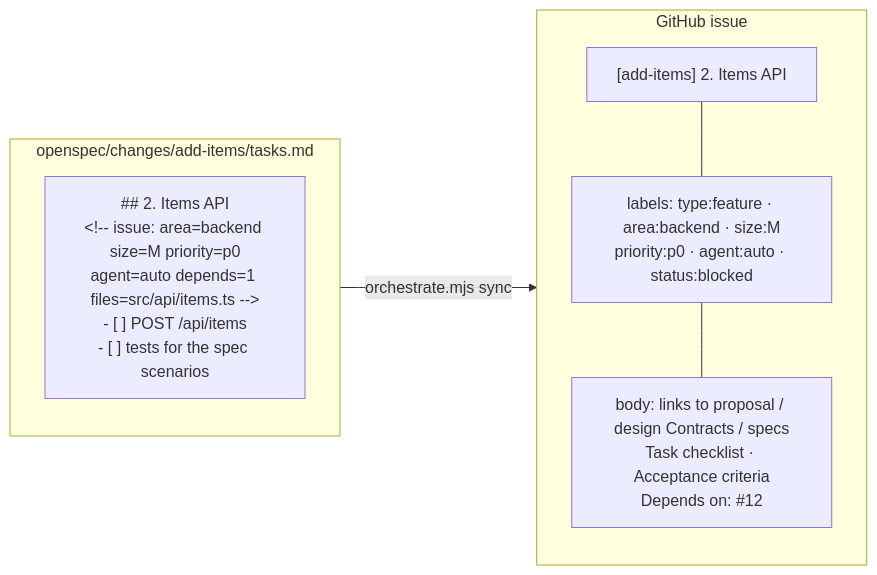
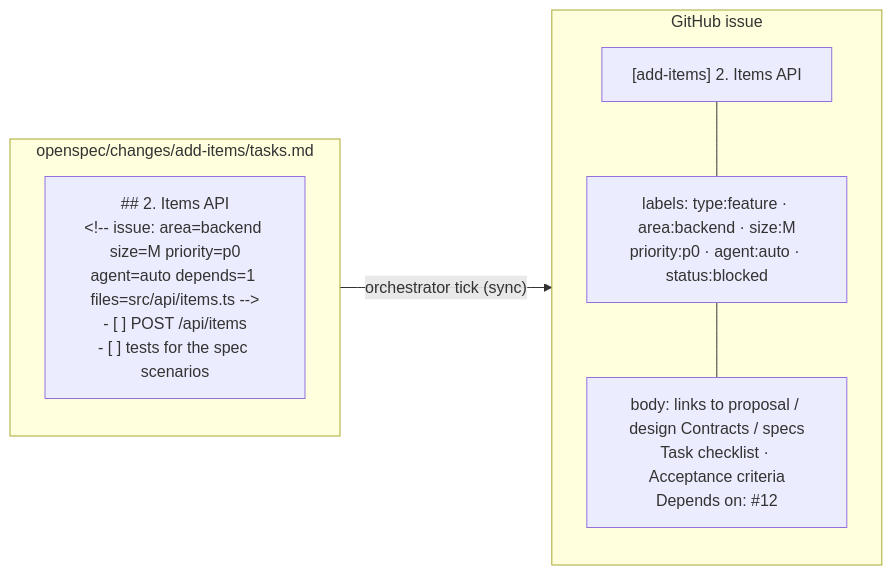
One commit to KKogaa/hackathon-sdlc-kit changed the second of 4 diagrams in README.md. Above: the diagram before and after it, drawn with Mermaid. The commit also changed other lines of this file and 42 other files, not shown here.

````diff
--- a/README.md
+++ b/README.md
@@ -62,17 +64,17 @@
 ```mermaid
 flowchart LR
     subgraph tasks["openspec/changes/add-items/tasks.md"]
         direction TB
         g1["## 2. Items API<br/>&lt;!-- issue: area=backend size=M priority=p0<br/>agent=auto depends=1 files=src/api/items.ts --&gt;<br/>- [ ] POST /api/items<br/>- [ ] tests for the spec scenarios"]
     end
 
     subgraph issue["GitHub issue"]
         direction TB
         t["[add-items] 2. Items API"]
         l["labels: type:feature · area:backend · size:M<br/>priority:p0 · agent:auto · status:blocked"]
         b["body: links to proposal / design Contracts / specs<br/>Task checklist · Acceptance criteria<br/>Depends on: #12"]
         t --- l --- b
     end
 
-    g1 -- "orchestrate.mjs sync" --> issue
+    g1 -- "orchestrator tick (sync)" --> issue
 ```
````
